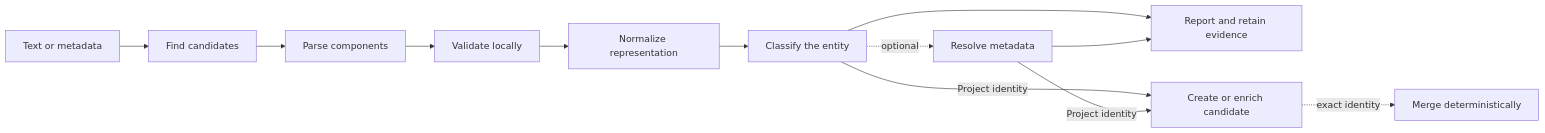
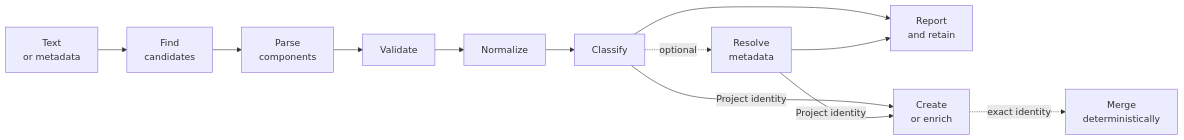
One commit to jhwohlgemuth/acorn changed the diagram in docs/src/concepts/persistent-identifiers.md. Above: the diagram before and after it, drawn with Mermaid. The commit also changed other lines of this file and 30 other files, not shown here.

Commit message:
feat: Add raw quiet output and enrich candidate metadata across research APIs

````diff
--- a/docs/src/concepts/persistent-identifiers.md
+++ b/docs/src/concepts/persistent-identifiers.md
@@ -5,14 +5,14 @@
 ```mermaid
 flowchart LR
-    input[Text or metadata] --> find[Find candidates]
-    find --> parse[Parse components]
-    parse --> validate[Validate locally]
-    validate --> normalize[Normalize representation]
-    normalize --> classify[Classify the entity]
-    classify --> report[Report and retain evidence]
-    classify -->|Project identity| persist[Create or enrich candidate]
-    classify -. optional .-> resolve[Resolve metadata]
+    input["Text<br/>or metadata"] --> find["Find<br/>candidates"]
+    find --> parse["Parse<br/>components"]
+    parse --> validate[Validate]
+    validate --> normalize[Normalize]
+    normalize --> classify[Classify]
+    classify --> report["Report<br/>and retain"]
+    classify -->|Project identity| persist["Create<br/>or enrich"]
+    classify -. optional .-> resolve["Resolve<br/>metadata"]
     resolve --> report
     resolve -->|Project identity| persist
-    persist -. exact identity .-> merge[Merge deterministically]
+    persist -. exact identity .-> merge["Merge<br/>deterministically"]
 ```
````
